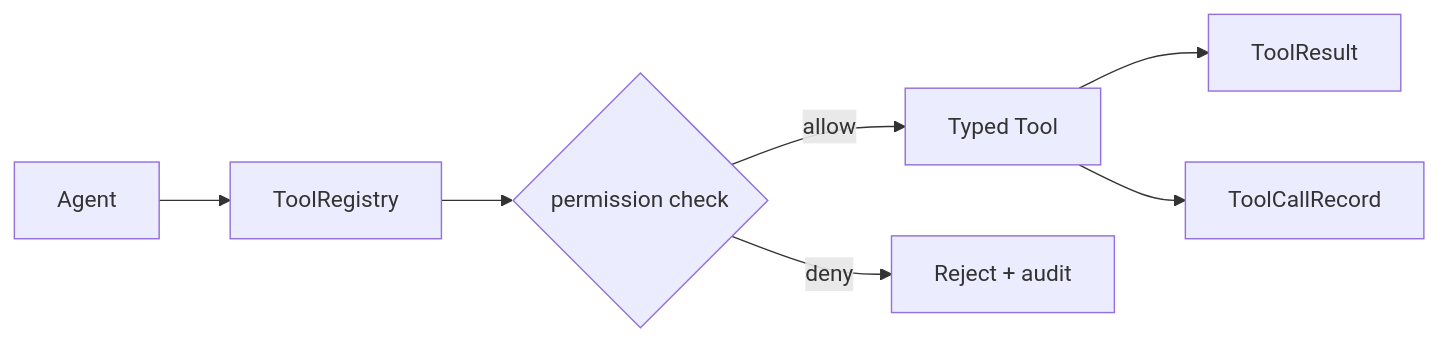
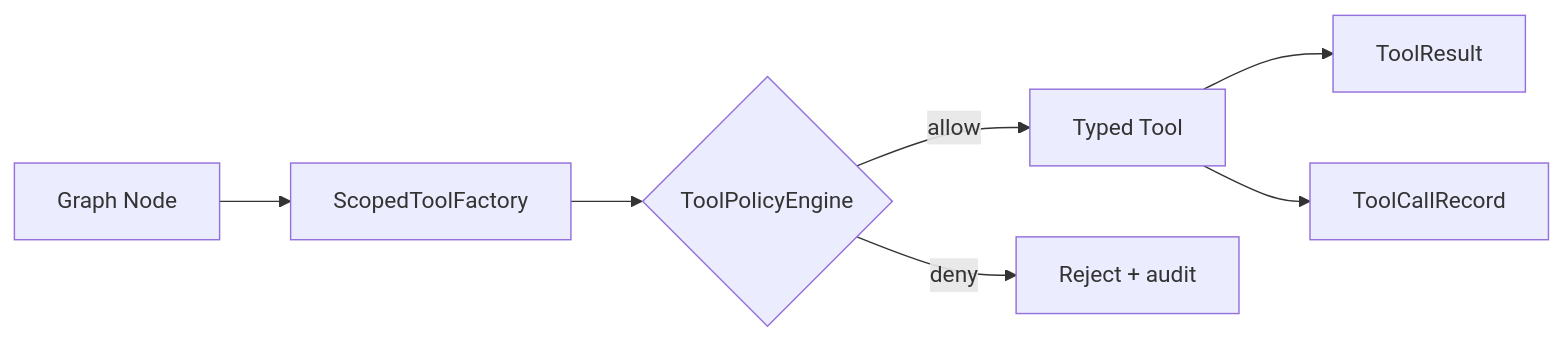
The sixth of 11 diagrams in docs/design/v0.2/architecture/Margin_Architecture_Design_v0.2_EN.md (RickyW0529/Margin), drawn with Mermaid before and after one commit. The commit also changed other lines of this file and 469 other files, not shown here.

````diff
--- a/docs/design/v0.2/architecture/Margin_Architecture_Design_v0.2_EN.md
+++ b/docs/design/v0.2/architecture/Margin_Architecture_Design_v0.2_EN.md
@@ -201,9 +506,9 @@
 ```mermaid
 flowchart LR
-    Agent[Agent] --> ToolRegistry[ToolRegistry]
-    ToolRegistry --> Permission{permission check}
+    Agent[Graph Node] --> ScopedFactory[ScopedToolFactory]
+    ScopedFactory --> Permission{ToolPolicyEngine}
     Permission -->|allow| Tool[Typed Tool]
     Permission -->|deny| Reject[Reject + audit]
     Tool --> Result[ToolResult]
     Tool --> Audit[ToolCallRecord]
 ```
````
